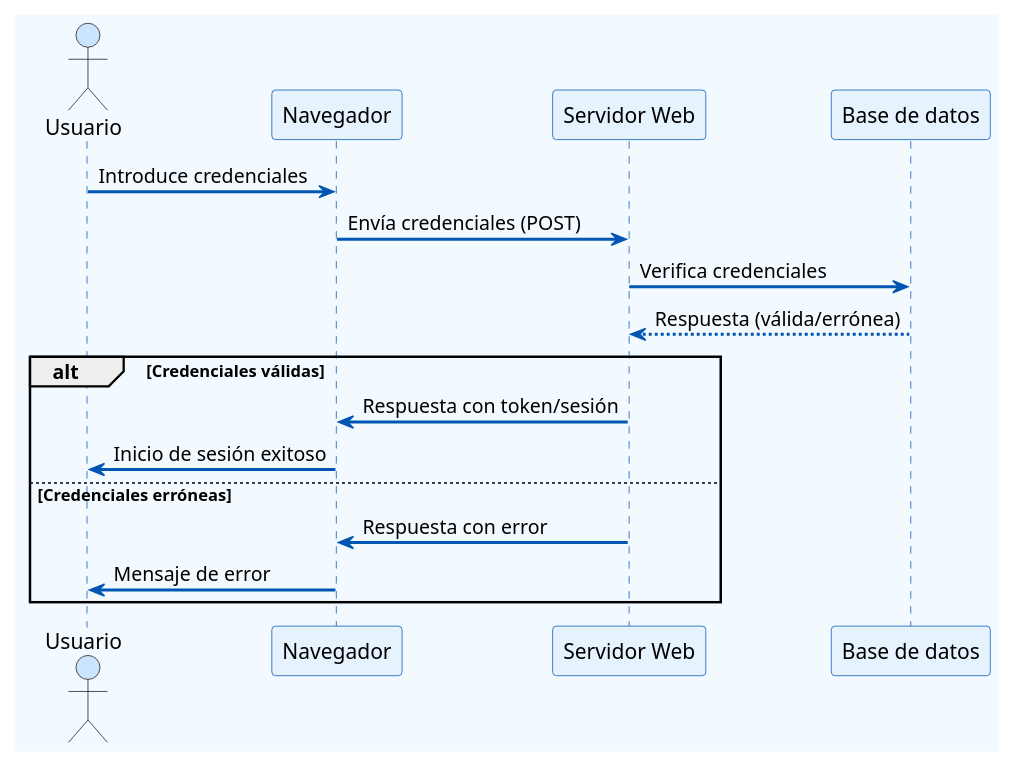
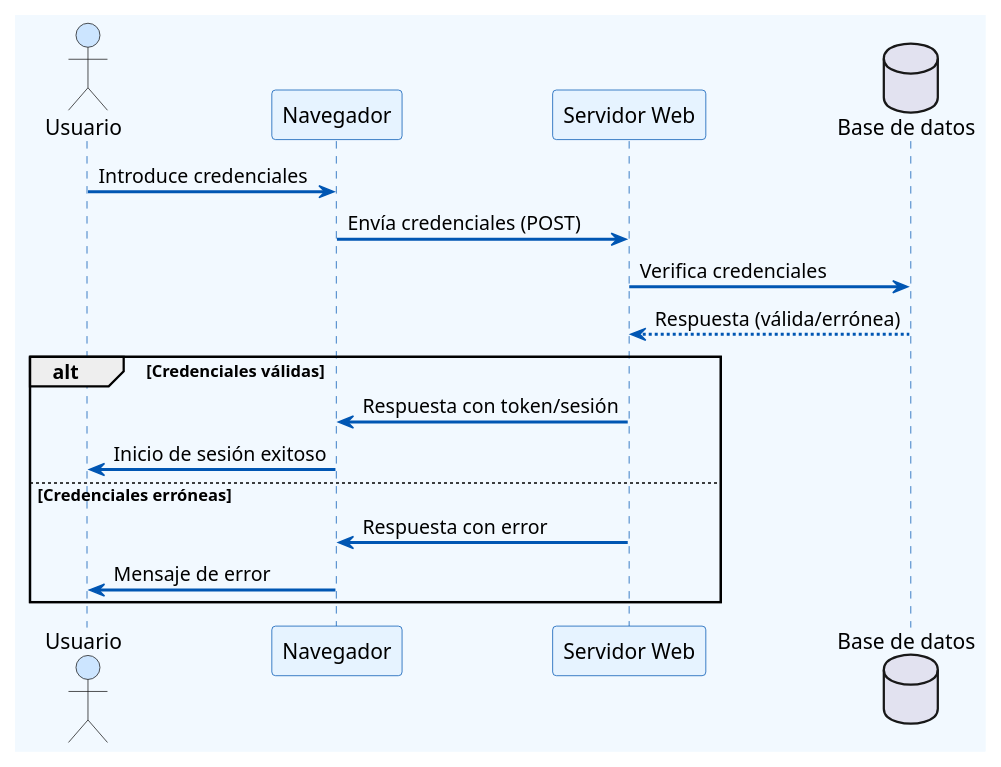
The second of 5 diagrams in docs/src/06_runtime_view.adoc (Arquisoft/wichat_es5b), drawn with PlantUML before and after one commit. The commit also changed other lines of this file, not shown here.

Commit message:
Creado diagrama de como consultar estadisticas y como crear una nueva cuenta de usuario

```diff
--- a/docs/src/06_runtime_view.adoc
+++ b/docs/src/06_runtime_view.adoc
@@ -46,31 +78,31 @@
-[plantuml,"Sequence diagram",png]
+[plantuml,"Inicio de sesion",png]
 ----
 @startuml
 skinparam backgroundColor #F2F9FF
 skinparam sequence {
     ActorBackgroundColor #CCE5FF
     ParticipantBackgroundColor #E6F3FF
     ParticipantBorderColor #0056B3
     LifeLineBorderColor #0056B3
     LifeLineBackgroundColor #CCE5FF
     ArrowColor #0056B3
     ArrowThickness 2
 }
 actor Usuario
 participant Navegador
 participant "Servidor Web" as Servidor_Web
-participant "Base de datos" as Base_de_Datos
+database "Base de datos" as Base_de_Datos
 
 Usuario -> Navegador: Introduce credenciales
 Navegador -> Servidor_Web: Envía credenciales (POST)
 Servidor_Web -> Base_de_Datos: Verifica credenciales
 Base_de_Datos --> Servidor_Web: Respuesta (válida/errónea)
 alt Credenciales válidas
     Servidor_Web -> Navegador: Respuesta con token/sesión
     Navegador -> Usuario: Inicio de sesión exitoso
 else Credenciales erróneas
     Servidor_Web -> Navegador: Respuesta con error
     Navegador -> Usuario: Mensaje de error
 end
 @enduml
 ----
```
